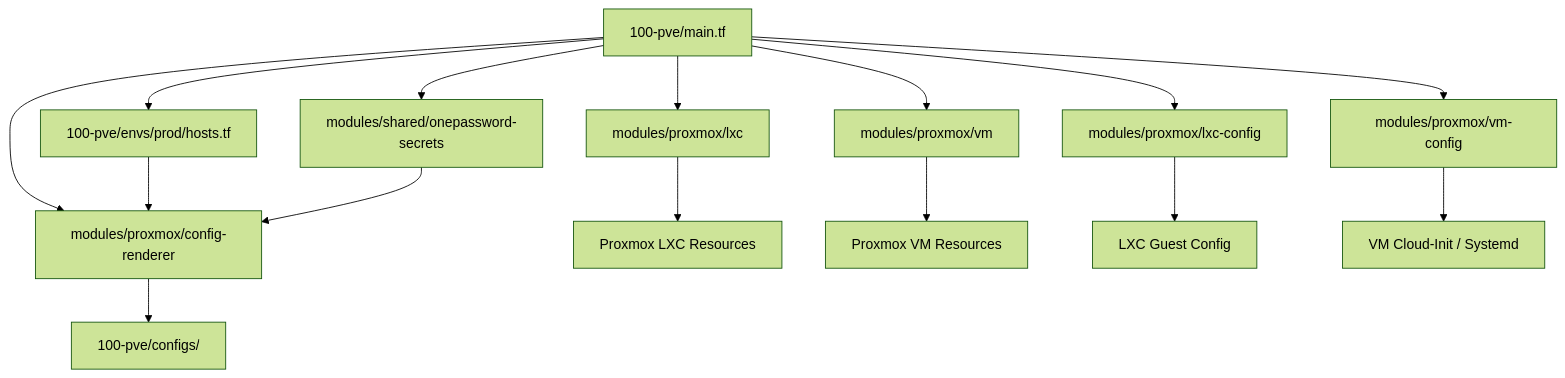
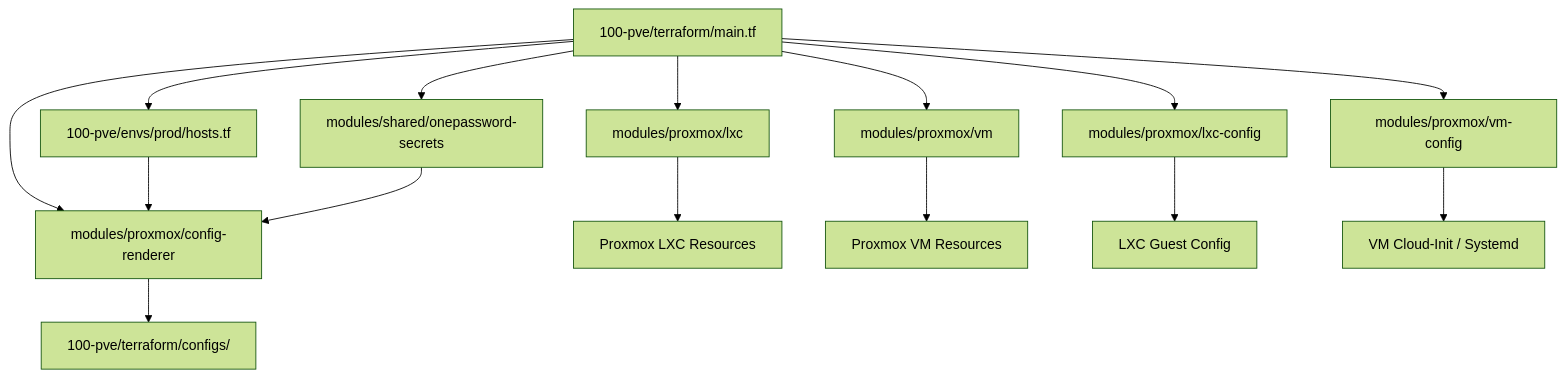
Before and after one commit to jclee941/terraform: the first of 4 diagrams in DEPENDENCY_MAP.md, drawn with Mermaid (forest theme). The commit also changed other lines of this file and 188 other files, not shown here.

````diff
--- a/DEPENDENCY_MAP.md
+++ b/DEPENDENCY_MAP.md
@@ -47,18 +47,18 @@
 ```mermaid
 graph TD
-  Main["100-pve/main.tf"] --> Hosts["100-pve/envs/prod/hosts.tf"]
+  Main["100-pve/terraform/main.tf"] --> Hosts["100-pve/envs/prod/hosts.tf"]
   Main --> LXC["modules/proxmox/lxc"]
   Main --> VM["modules/proxmox/vm"]
   Main --> LXCConfig["modules/proxmox/lxc-config"]
   Main --> VMConfig["modules/proxmox/vm-config"]
   Main --> Renderer["modules/proxmox/config-renderer"]
   Main --> Secrets["modules/shared/onepassword-secrets"]
 
   Hosts --> Renderer
   Secrets --> Renderer
-  Renderer --> Rendered["100-pve/configs/"]
+  Renderer --> Rendered["100-pve/terraform/configs/"]
   LXC --> Proxmox["Proxmox LXC Resources"]
   VM --> ProxmoxVM["Proxmox VM Resources"]
   LXCConfig --> LXCGuest["LXC Guest Config"]
   VMConfig --> VMGuest["VM Cloud-Init / Systemd"]
 ```
````
